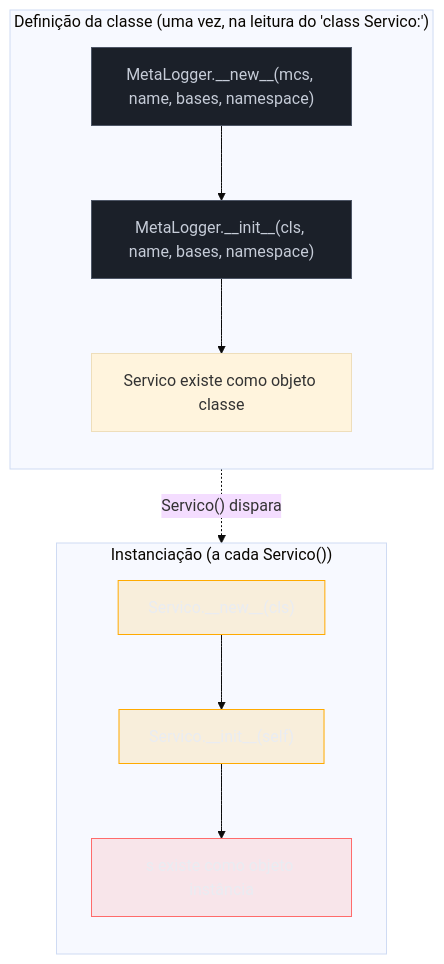
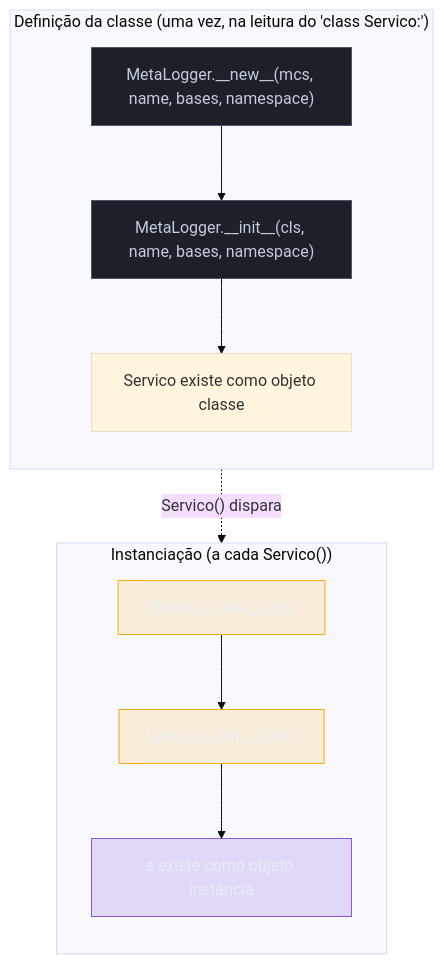
One commit to josenaldo/codex-technomanticus changed the second of 2 diagrams in 03-Dominios/Tecnologia/Python/OO e Data Model/08 - Metaclasses — introdução.md. Above: the diagram before and after it, drawn with Mermaid (base theme). The commit also changed other lines of this file and 601 other files, not shown here.

````diff
--- a/03-Dominios/Tecnologia/Python/OO e Data Model/08 - Metaclasses — introdução.md
+++ b/03-Dominios/Tecnologia/Python/OO e Data Model/08 - Metaclasses — introdução.md
@@ -184,23 +184,23 @@
 ```mermaid
 flowchart TB
+    classDef marca fill:#8855DF33,stroke:#8855DF,color:#E9ECF2
     classDef neutro fill:#1B2029,stroke:#4E5666,color:#C6CCD8
     classDef destaque fill:#FFAA0024,stroke:#FFAA00,color:#E9ECF2
-    classDef falha fill:#FF6B6B24,stroke:#FF6B6B,color:#E9ECF2
     subgraph Def["Definição da classe (uma vez, na leitura do 'class Servico:')"]
         direction TB
         D1["MetaLogger.__new__(mcs, name, bases, namespace)"] --> D2["MetaLogger.__init__(cls, name, bases, namespace)"]
         D2 --> D3["Servico existe como objeto classe"]
     end
     subgraph Inst["Instanciação (a cada Servico())"]
         direction TB
         I1["Servico.__new__(cls)"] --> I2["Servico.__init__(self)"]
         I2 --> I3["s existe como objeto instância"]
     end
     D3 -.->|"Servico() dispara"| I1
 
     class D1 neutro
     class D2 neutro
     class I1 destaque
     class I2 destaque
-    class I3 falha
+    class I3 marca
 ```
````
